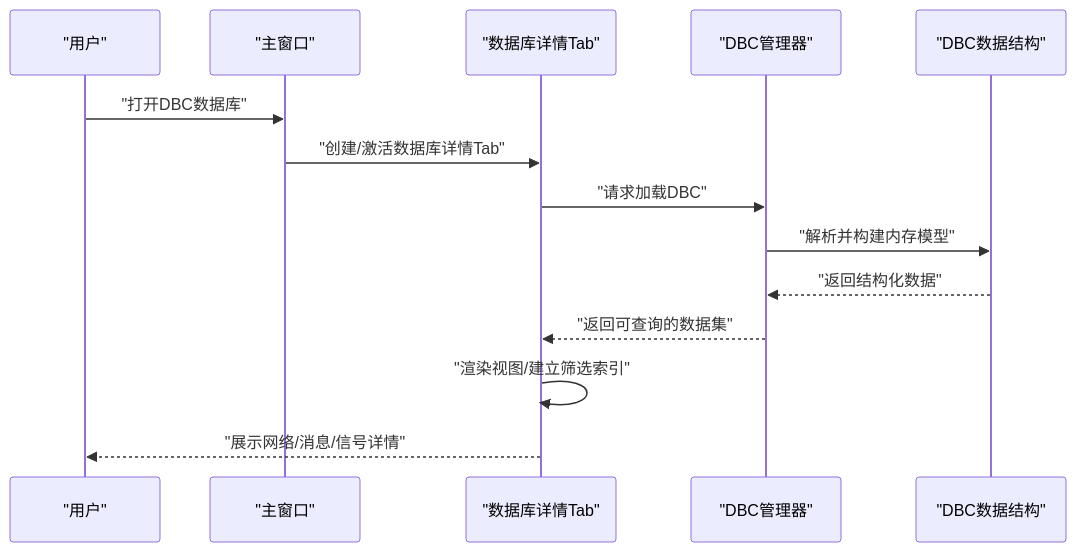
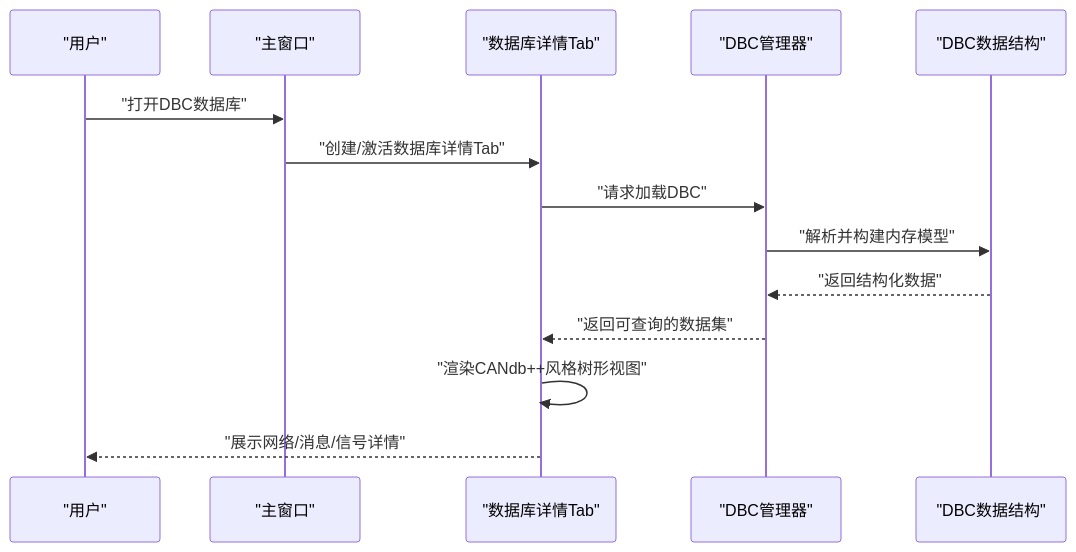
Before and after one commit to jakecai1225-design/OpenBus: the second of 5 diagrams in .qoder/repowiki/zh/content/架构设计/UI系统设计/数据库详情Tab组件.md, drawn with Mermaid. The commit also changed other lines of this file and 109 other files, not shown here.

````diff
--- a/.qoder/repowiki/zh/content/架构设计/UI系统设计/数据库详情Tab组件.md
+++ b/.qoder/repowiki/zh/content/架构设计/UI系统设计/数据库详情Tab组件.md
@@ -91,16 +93,16 @@
 ```mermaid
 sequenceDiagram
 participant U as "用户"
 participant W as "主窗口"
 participant T as "数据库详情Tab"
 participant M as "DBC管理器"
 participant D as "DBC数据结构"
 U->>W : "打开DBC数据库"
 W->>T : "创建/激活数据库详情Tab"
 T->>M : "请求加载DBC"
 M->>D : "解析并构建内存模型"
 D-->>M : "返回结构化数据"
 M-->>T : "返回可查询的数据集"
-T->>T : "渲染视图/建立筛选索引"
+T->>T : "渲染CANdb++风格树形视图"
 T-->>U : "展示网络/消息/信号详情"
 ```
````
